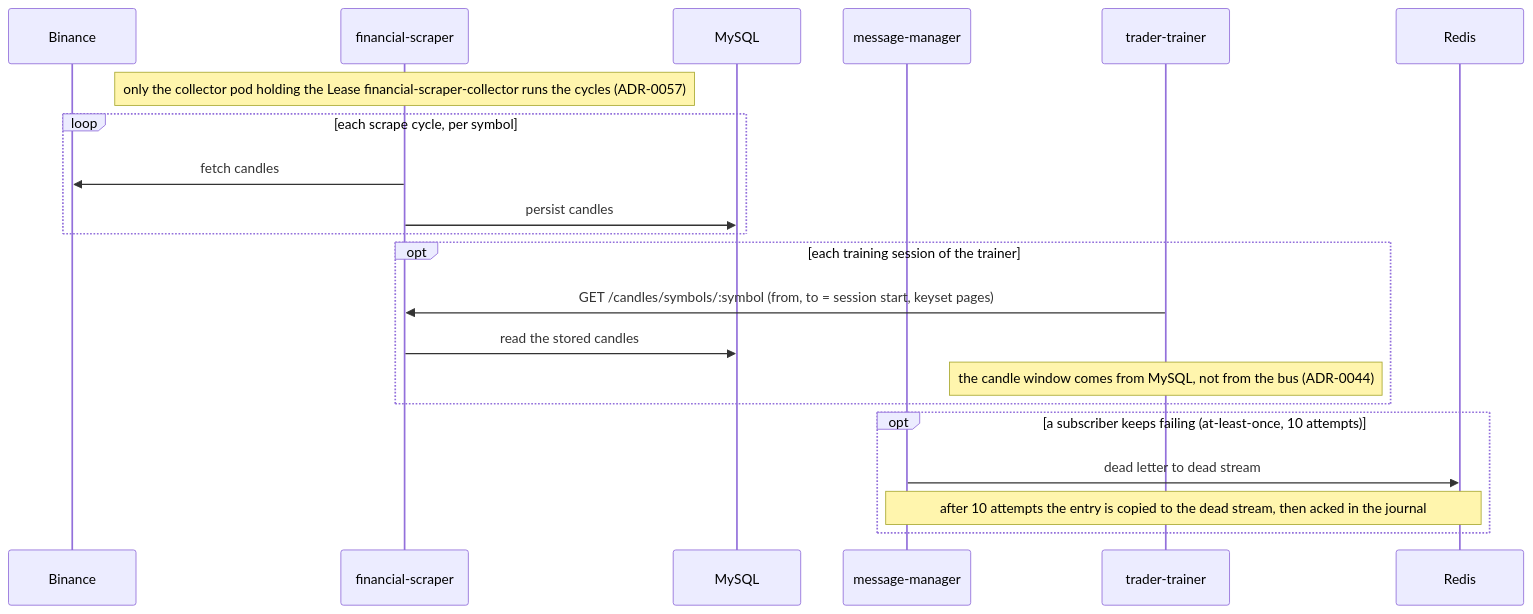
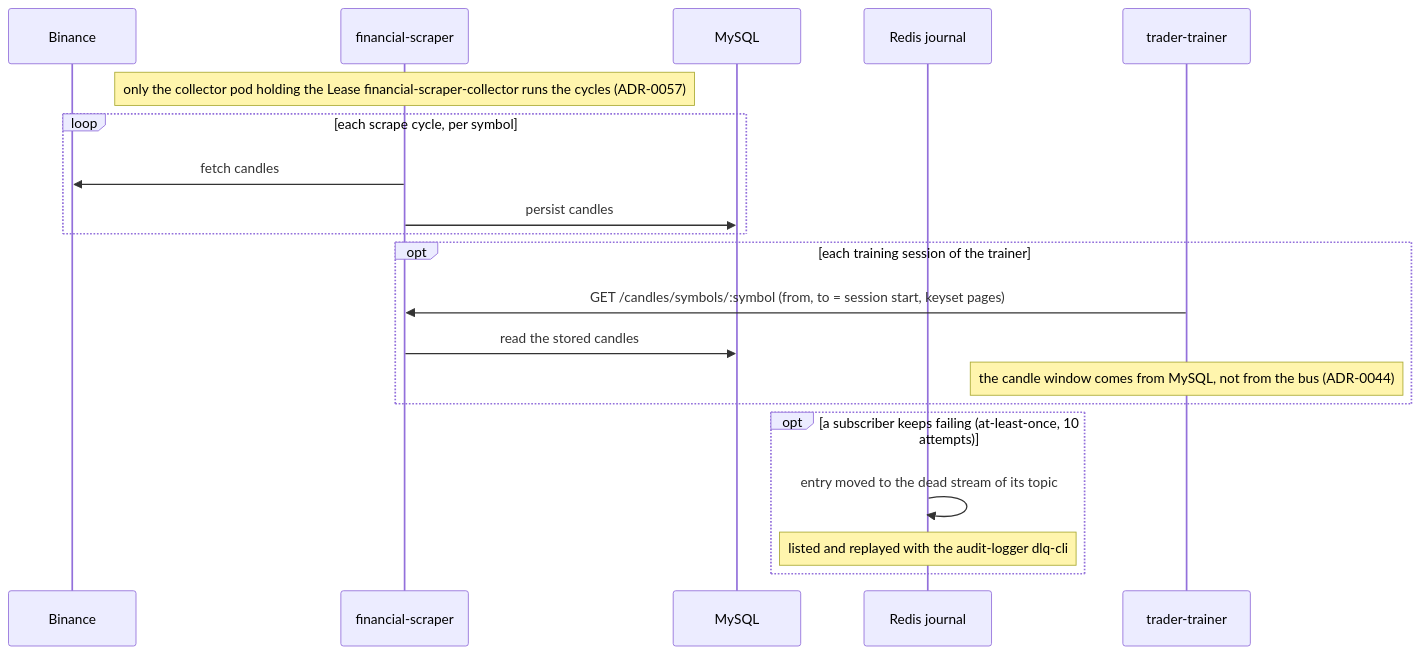
One commit to docteur-turboss/trading-model changed the fourth of 4 diagrams in docs/architecture/system-overview.md. Above: the diagram before and after it, drawn with Mermaid. The commit also changed other lines of this file and 486 other files, not shown here.

First line of the commit message:
:fire:(multiple): retire message-manager, dlq-service and mongo-dlq now the bus runs in process (ADR-0073 release N+1) (#1451)

````diff
--- a/docs/architecture/system-overview.md
+++ b/docs/architecture/system-overview.md
@@ -118,23 +111,22 @@
 ```mermaid
 sequenceDiagram
   participant B as Binance
   participant FS as financial-scraper
   participant DB as MySQL
-  participant MM as message-manager
+  participant R as Redis journal
   participant TT as trader-trainer
-  participant R as Redis
   Note over FS: only the collector pod holding the Lease financial-scraper-collector runs the cycles (ADR-0057)
   loop each scrape cycle, per symbol
     FS->>B: fetch candles
     FS->>DB: persist candles
   end
   opt each training session of the trainer
     TT->>FS: GET /candles/symbols/:symbol (from, to = session start, keyset pages)
     FS->>DB: read the stored candles
     Note over TT: the candle window comes from MySQL, not from the bus (ADR-0044)
   end
   opt a subscriber keeps failing (at-least-once, 10 attempts)
-    MM->>R: dead letter to dead stream
-    Note over MM,R: after 10 attempts the entry is copied to the dead stream, then acked in the journal
+    R->>R: entry moved to the dead stream of its topic
+    Note over R: listed and replayed with the audit-logger dlq-cli
   end
 ```
````
